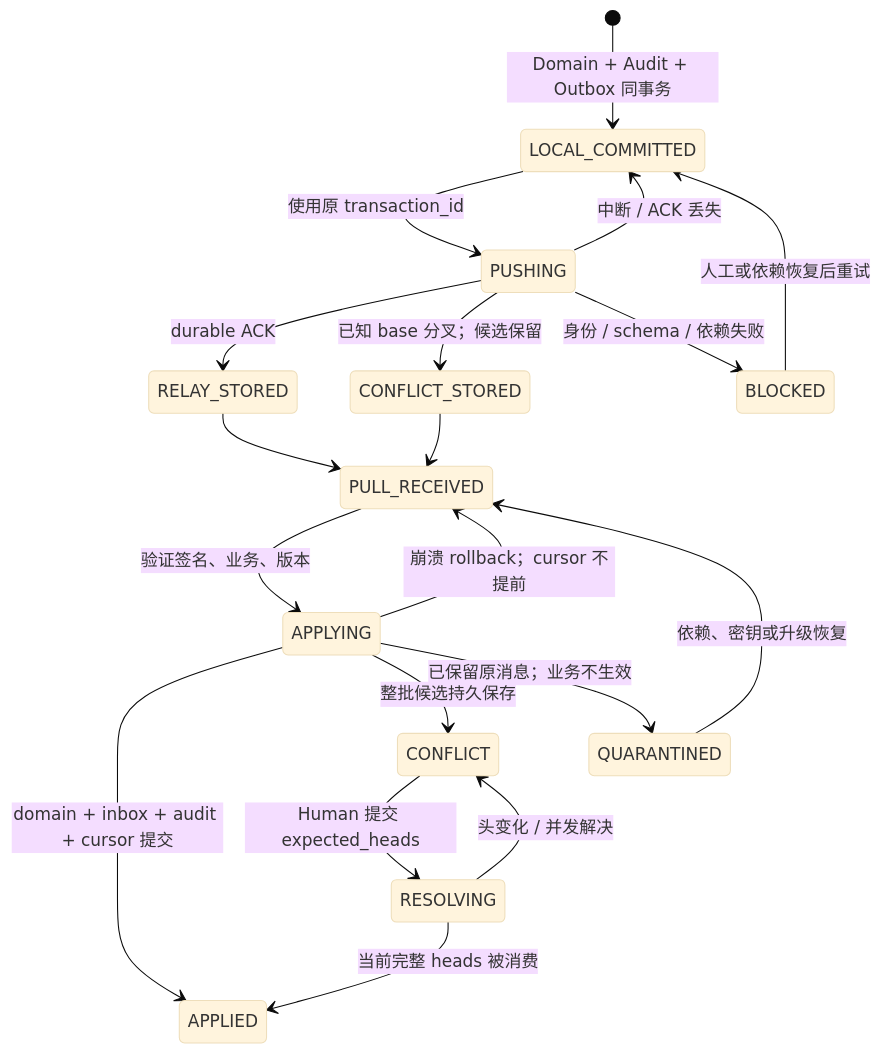
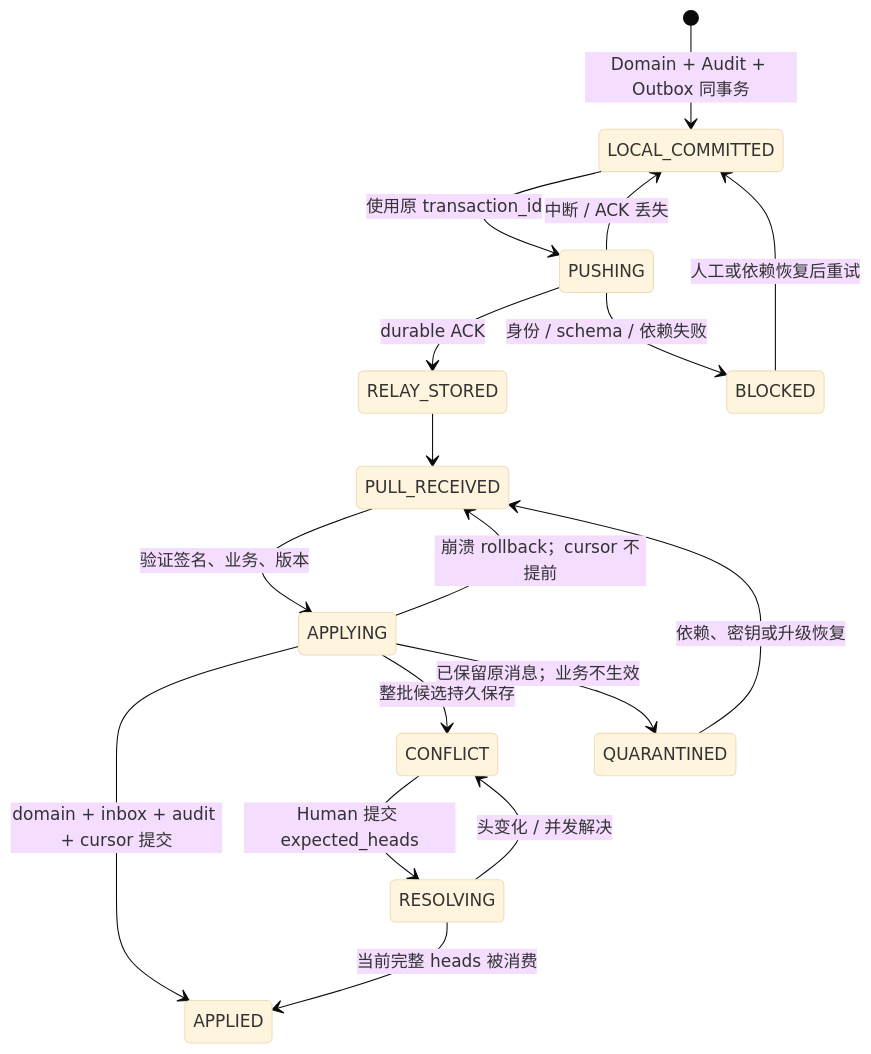
Before and after one commit to Zh9426/ResearchHub: the diagram in docs/sync/SYNC_STATE_MACHINE.md, drawn with Mermaid (base theme). The commit also changed other lines of this file and 7 other files, not shown here.

````diff
--- a/docs/sync/SYNC_STATE_MACHINE.md
+++ b/docs/sync/SYNC_STATE_MACHINE.md
@@ -15,21 +25,19 @@
 ```mermaid
 stateDiagram-v2
   [*] --> LOCAL_COMMITTED: Domain + Audit + Outbox 同事务
   LOCAL_COMMITTED --> PUSHING: 使用原 transaction_id
   PUSHING --> LOCAL_COMMITTED: 中断 / ACK 丢失
   PUSHING --> RELAY_STORED: durable ACK
-  PUSHING --> CONFLICT_STORED: 已知 base 分叉；候选保留
   PUSHING --> BLOCKED: 身份 / schema / 依赖失败
   BLOCKED --> LOCAL_COMMITTED: 人工或依赖恢复后重试
   RELAY_STORED --> PULL_RECEIVED
-  CONFLICT_STORED --> PULL_RECEIVED
   PULL_RECEIVED --> APPLYING: 验证签名、业务、版本
   APPLYING --> PULL_RECEIVED: 崩溃 rollback；cursor 不提前
   APPLYING --> APPLIED: domain + inbox + audit + cursor 提交
   APPLYING --> CONFLICT: 整批候选持久保存
   APPLYING --> QUARANTINED: 已保留原消息；业务不生效
   CONFLICT --> RESOLVING: Human 提交 expected_heads
   RESOLVING --> APPLIED: 当前完整 heads 被消费
   RESOLVING --> CONFLICT: 头变化 / 并发解决
   QUARANTINED --> PULL_RECEIVED: 依赖、密钥或升级恢复
 ```
````
